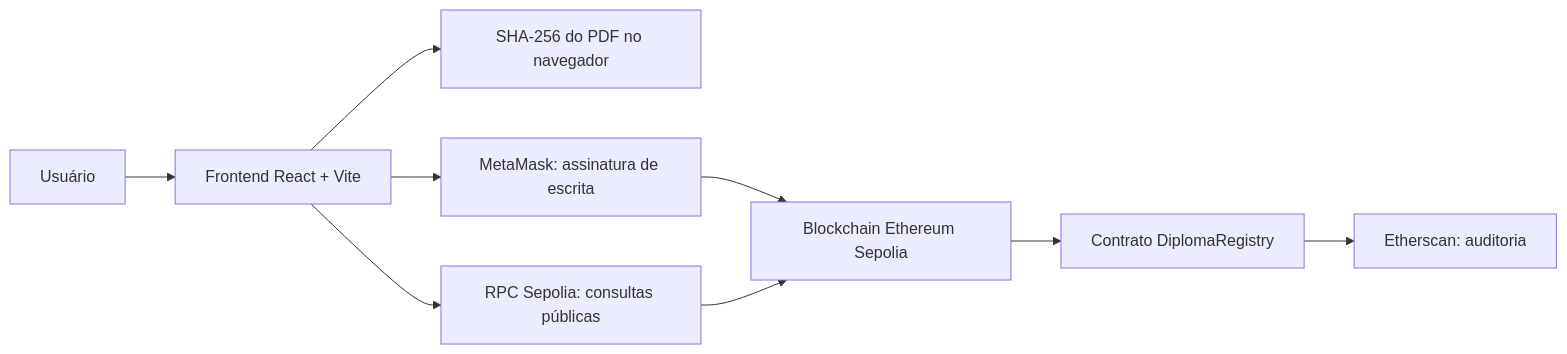
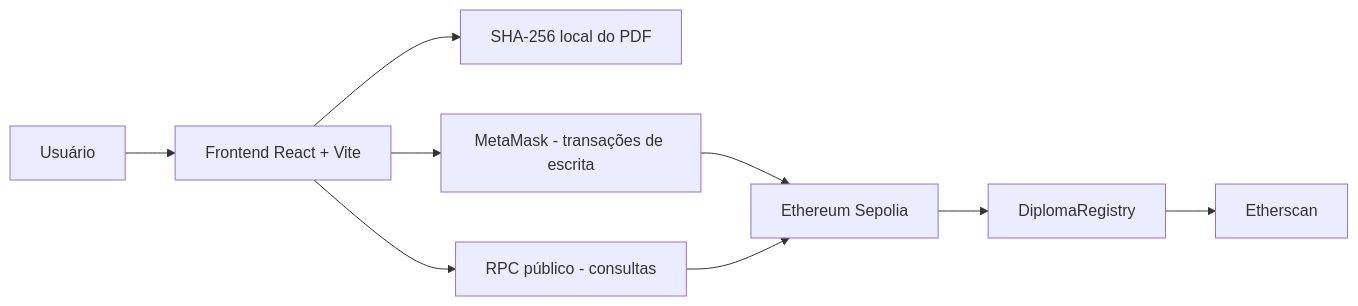
Before and after one commit to V1n1c1u5P4iva/acadchain-web3: the diagram in README.md, drawn with Mermaid. The commit also changed other lines of this file and 15 other files, not shown here.

````diff
--- a/README.md
+++ b/README.md
@@ -50,11 +48,11 @@
 ```mermaid
 flowchart LR
     U[Usuário] --> F[Frontend React + Vite]
-    F --> H[SHA-256 do PDF no navegador]
-    F --> M[MetaMask: assinatura de escrita]
-    F --> R[RPC Sepolia: consultas públicas]
-    M --> B[Blockchain Ethereum Sepolia]
+    F --> H[SHA-256 local do PDF]
+    F --> M[MetaMask - transações de escrita]
+    F --> R[RPC público - consultas]
+    M --> B[Ethereum Sepolia]
     R --> B
-    B --> C[Contrato DiplomaRegistry]
-    C --> E[Etherscan: auditoria]
+    B --> C[DiplomaRegistry]
+    C --> E[Etherscan]
 ```
````
